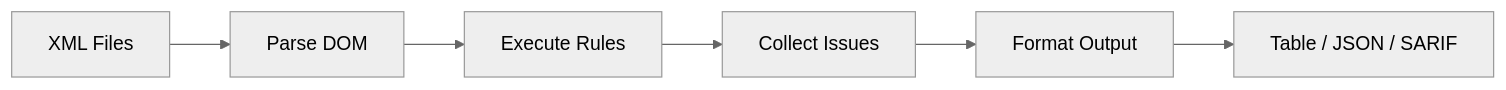
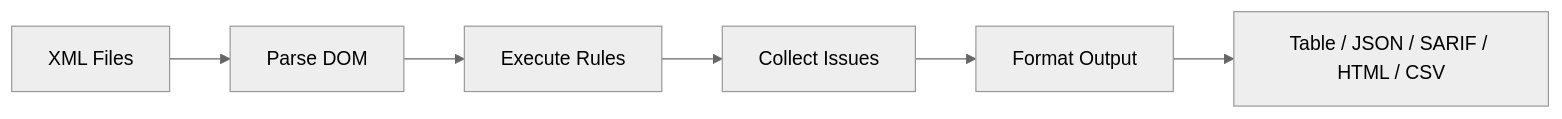
The second of 2 diagrams in README.md (Avinava/mule-lint), drawn with Mermaid (neutral theme) before and after one commit. The commit also changed other lines of this file and 6 other files, not shown here.

````diff
--- a/README.md
+++ b/README.md
@@ -62,8 +62,8 @@
 ```mermaid
 flowchart LR
     A["XML Files"] --> B["Parse DOM"]
     B --> C["Execute Rules"]
     C --> D["Collect Issues"]
     D --> E["Format Output"]
-    E --> F["Table / JSON / SARIF"]
+    E --> F["Table / JSON / SARIF / HTML / CSV"]
 ```
````
